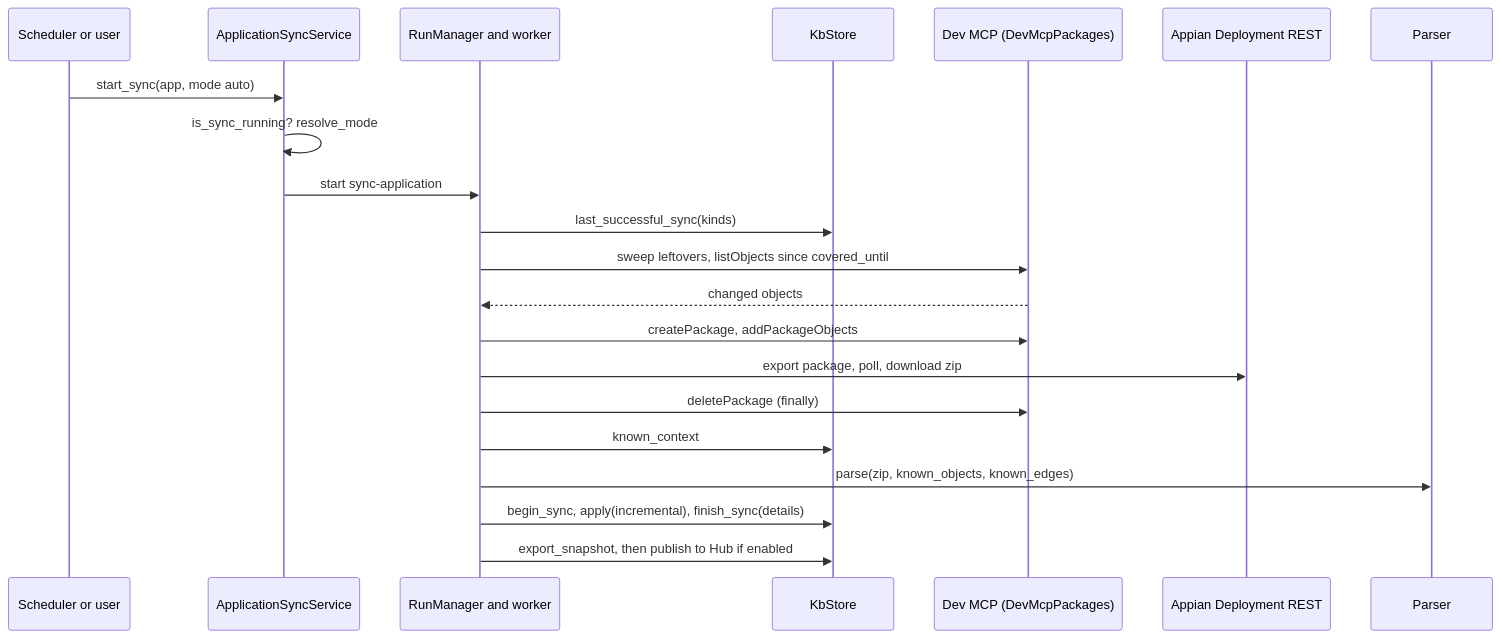
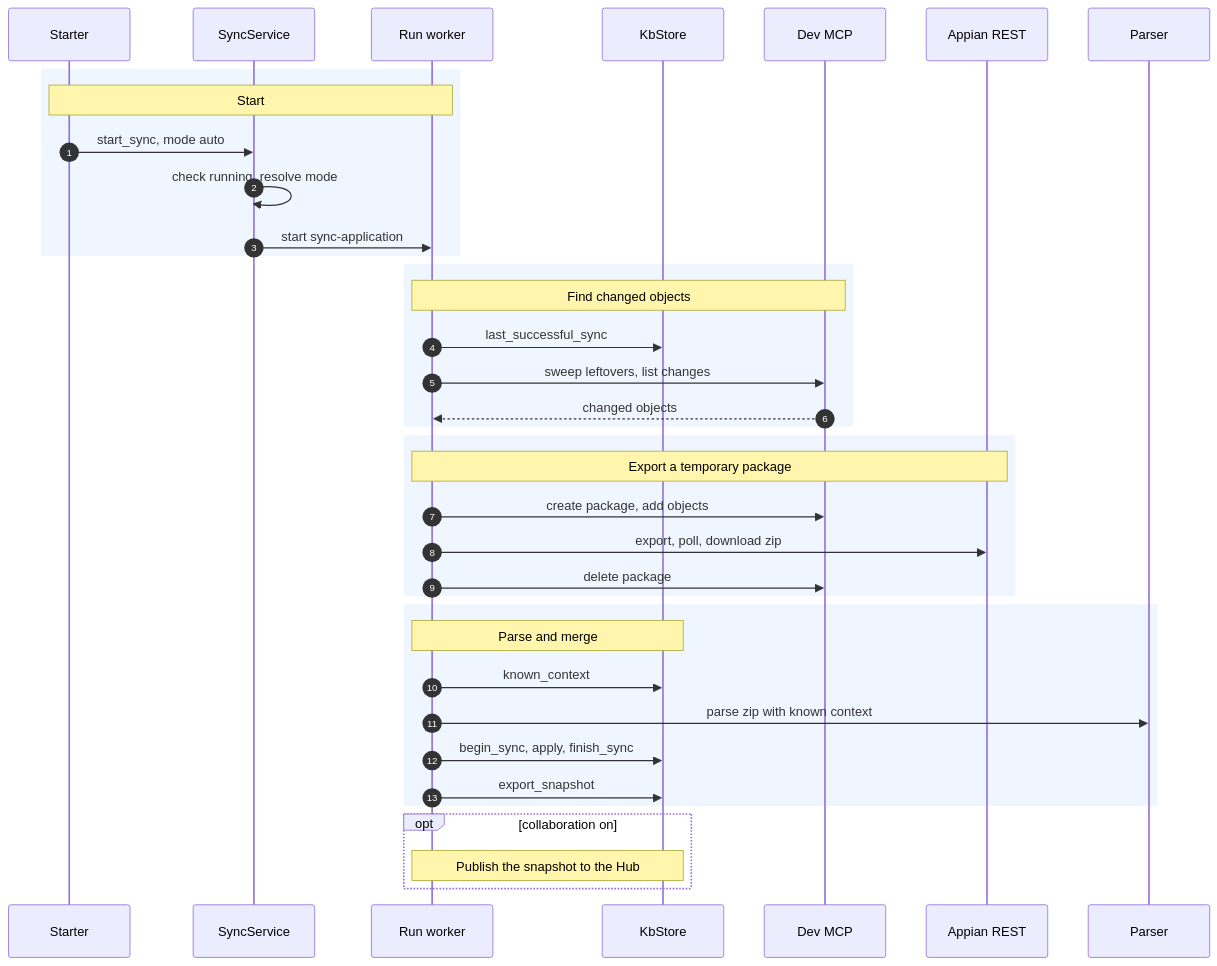
One commit to ram-020998/project-tracker changed the fourth of 4 diagrams in genesis/architecture/modules/knowledge-base.md. Above: the diagram before and after it, drawn with Mermaid. The commit also changed other lines of this file and 24 other files, not shown here.

First line of the commit message:
architecture: rewrite all 86 Mermaid diagrams to one C4 style, each render-checked

````diff
--- a/genesis/architecture/modules/knowledge-base.md
+++ b/genesis/architecture/modules/knowledge-base.md
@@ -259,23 +291,39 @@
 ```mermaid
 sequenceDiagram
-    participant U as Scheduler or user
-    participant S as ApplicationSyncService
-    participant R as RunManager and worker
+    autonumber
+    participant U as Starter
+    participant S as SyncService
+    participant R as Run worker
     participant K as KbStore
-    participant D as Dev MCP (DevMcpPackages)
-    participant A as Appian Deployment REST
+    participant D as Dev MCP
+    participant A as Appian REST
     participant P as Parser
-    U->>S: start_sync(app, mode auto)
-    S->>S: is_sync_running? resolve_mode
+    rect rgb(240, 246, 255)
+    Note over U,R: Start
+    U->>S: start_sync, mode auto
+    S->>S: check running, resolve mode
     S->>R: start sync-application
-    R->>K: last_successful_sync(kinds)
-    R->>D: sweep leftovers, listObjects since covered_until
+    end
+    rect rgb(240, 246, 255)
+    Note over R,D: Find changed objects
+    R->>K: last_successful_sync
+    R->>D: sweep leftovers, list changes
     D-->>R: changed objects
-    R->>D: createPackage, addPackageObjects
-    R->>A: export package, poll, download zip
-    R->>D: deletePackage (finally)
+    end
+    rect rgb(240, 246, 255)
+    Note over R,A: Export a temporary package
+    R->>D: create package, add objects
+    R->>A: export, poll, download zip
+    R->>D: delete package
+    end
+    rect rgb(240, 246, 255)
+    Note over R,K: Parse and merge
     R->>K: known_context
-    R->>P: parse(zip, known_objects, known_edges)
-    R->>K: begin_sync, apply(incremental), finish_sync(details)
-    R->>K: export_snapshot, then publish to Hub if enabled
+    R->>P: parse zip with known context
+    R->>K: begin_sync, apply, finish_sync
+    R->>K: export_snapshot
+    end
+    opt collaboration on
+        Note over R,K: Publish the snapshot to the Hub
+    end
 ```
````
